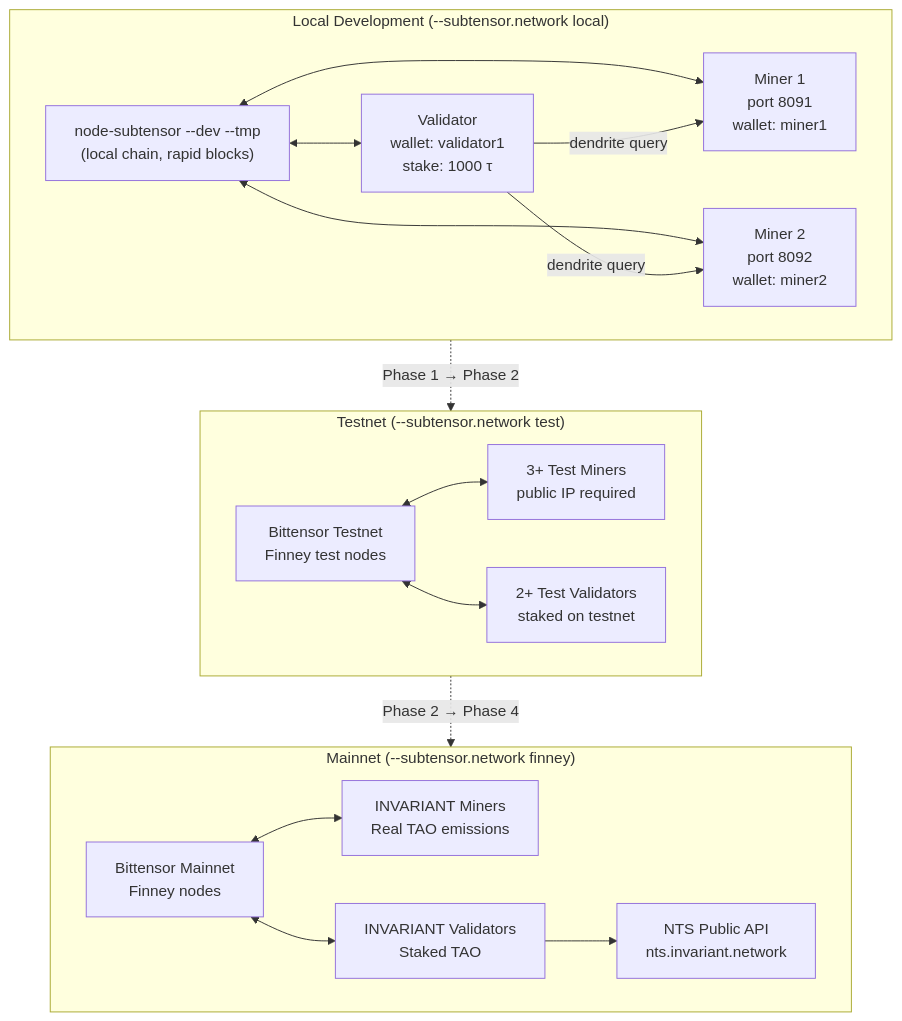
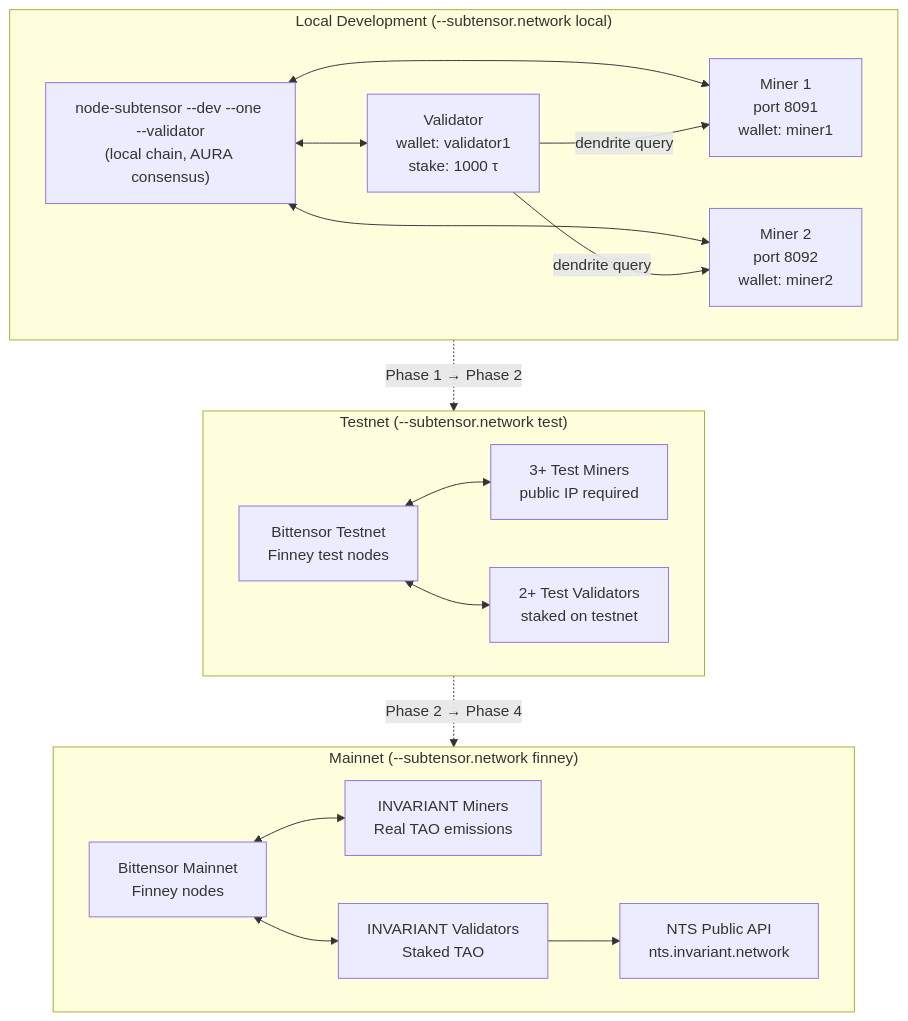
One commit to orthonode/invariant changed diagram 14 of 15 in ARCHITECTURE.md. Above: the diagram before and after it, drawn with Mermaid. The commit also changed other lines of this file and 12 other files, not shown here.

````diff
--- a/ARCHITECTURE.md
+++ b/ARCHITECTURE.md
@@ -604,33 +604,33 @@
 ```mermaid
 graph TB
     subgraph LOCALNET["Local Development (--subtensor.network local)"]
-        LOCAL_NODE["node-subtensor --dev --tmp\n(local chain, rapid blocks)"]
+        LOCAL_NODE["node-subtensor --dev --one --validator\n(local chain, AURA consensus)"]
         LOCAL_M1["Miner 1\nport 8091\nwallet: miner1"]
         LOCAL_M2["Miner 2\nport 8092\nwallet: miner2"]
         LOCAL_V["Validator\nwallet: validator1\nstake: 1000 τ"]
         
         LOCAL_NODE <--> LOCAL_M1 & LOCAL_M2 & LOCAL_V
         LOCAL_V -->|"dendrite query"| LOCAL_M1 & LOCAL_M2
     end
 
     subgraph TESTNET["Testnet (--subtensor.network test)"]
         TEST_CHAIN["Bittensor Testnet\nFinney test nodes"]
         TEST_MINERS["3+ Test Miners\npublic IP required"]
         TEST_VALIDATORS["2+ Test Validators\nstaked on testnet"]
         
         TEST_CHAIN <--> TEST_MINERS & TEST_VALIDATORS
     end
 
     subgraph MAINNET["Mainnet (--subtensor.network finney)"]
         MAIN_CHAIN["Bittensor Mainnet\nFinney nodes"]
         MAIN_MINERS["INVARIANT Miners\nReal TAO emissions"]
         MAIN_VALIDATORS["INVARIANT Validators\nStaked TAO"]
         NTS_API["NTS Public API\nnts.invariant.network"]
         
         MAIN_CHAIN <--> MAIN_MINERS & MAIN_VALIDATORS
         MAIN_VALIDATORS --> NTS_API
     end
 
     LOCALNET -.->|"Phase 1 → Phase 2"| TESTNET
     TESTNET -.->|"Phase 2 → Phase 4"| MAINNET
 ```
````
